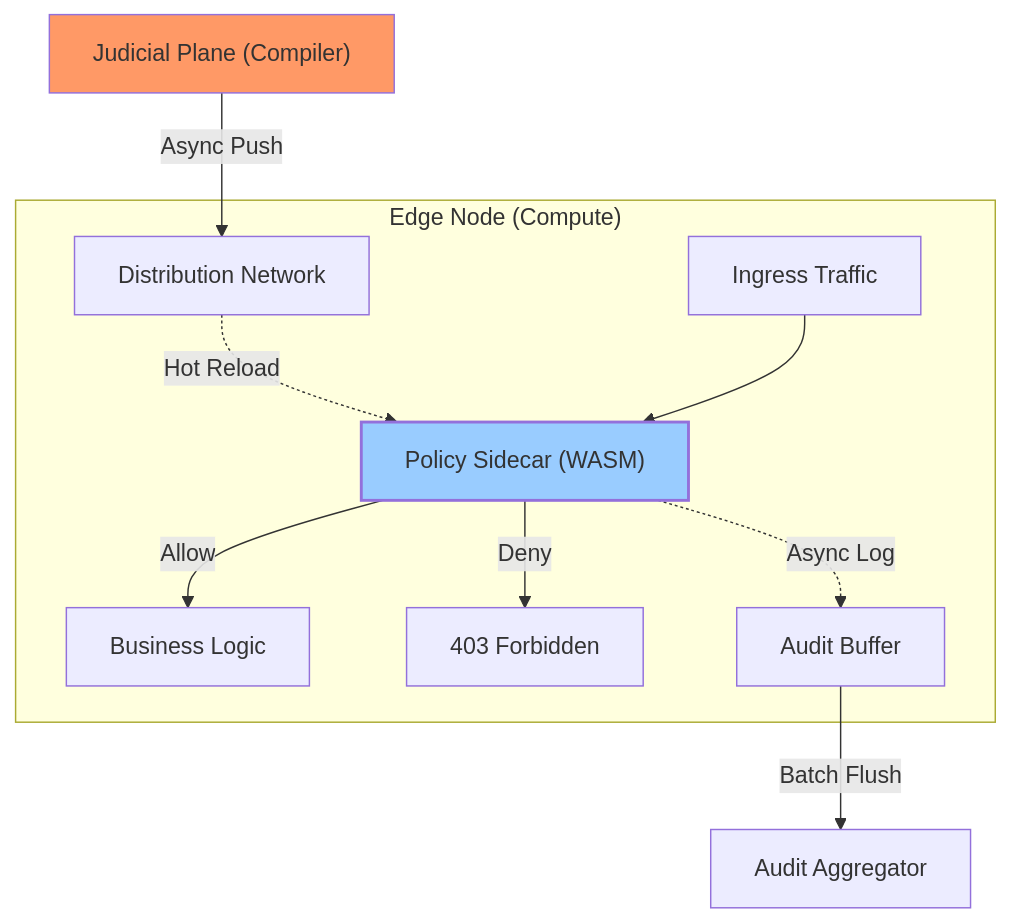
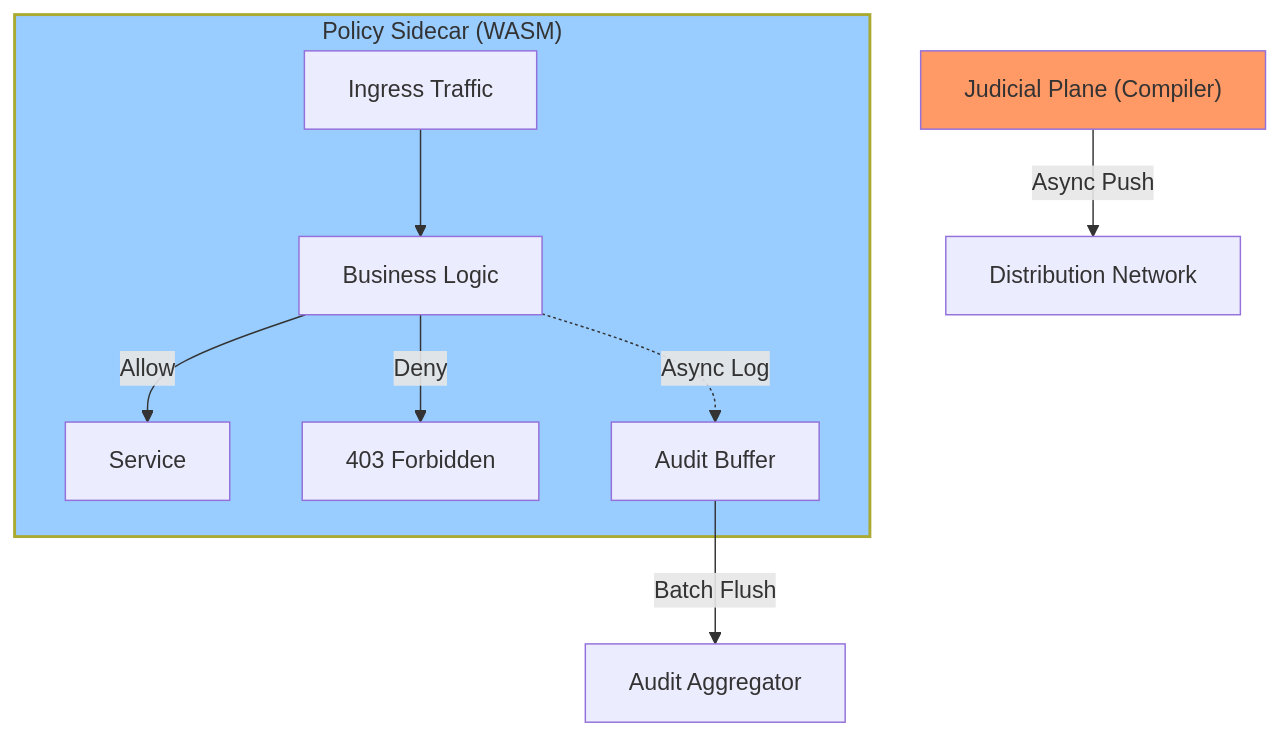
The third of 11 diagrams in src/app/[locale]/research/frameworks/aecp/AECP-FULL.md (gchaitanyabharath9/omnigcloud), drawn with Mermaid before and after one commit. The commit also changed other lines of this file and 98 other files, not shown here.

````diff
--- a/src/app/[locale]/research/frameworks/aecp/AECP-FULL.md
+++ b/src/app/[locale]/research/frameworks/aecp/AECP-FULL.md
@@ -155,17 +155,16 @@
 ```mermaid
 graph TD
     Judicial["Judicial Plane (Compiler)"] -->|Async Push| Distribution["Distribution Network"]
     
-    subgraph EdgeNode ["Edge Node (Compute)"]
-        Distribution -.->|Hot Reload| Sidecar["Policy Sidecar (WASM)"]
-        Ingress["Ingress Traffic"] --> Sidecar
-        Sidecar -->|Allow| Service["Business Logic"]
-        Sidecar -->|Deny| Block["403 Forbidden"]
-        Sidecar -.->|Async Log| Buffer["Audit Buffer"]
+    subgraph Sidecar ["Policy Sidecar (WASM)"]
+        Ingress["Ingress Traffic"] --> Logic["Business Logic"]
+        Logic -->|Allow| Service["Service"]
+        Logic -->|Deny| Block["403 Forbidden"]
+        Logic -.->|Async Log| Buffer["Audit Buffer"]
     end
     
     Buffer -->|Batch Flush| Aggregator["Audit Aggregator"]
     
     style Judicial fill:#f96
     style Sidecar fill:#9cf,stroke-width:2px
 ```
````
